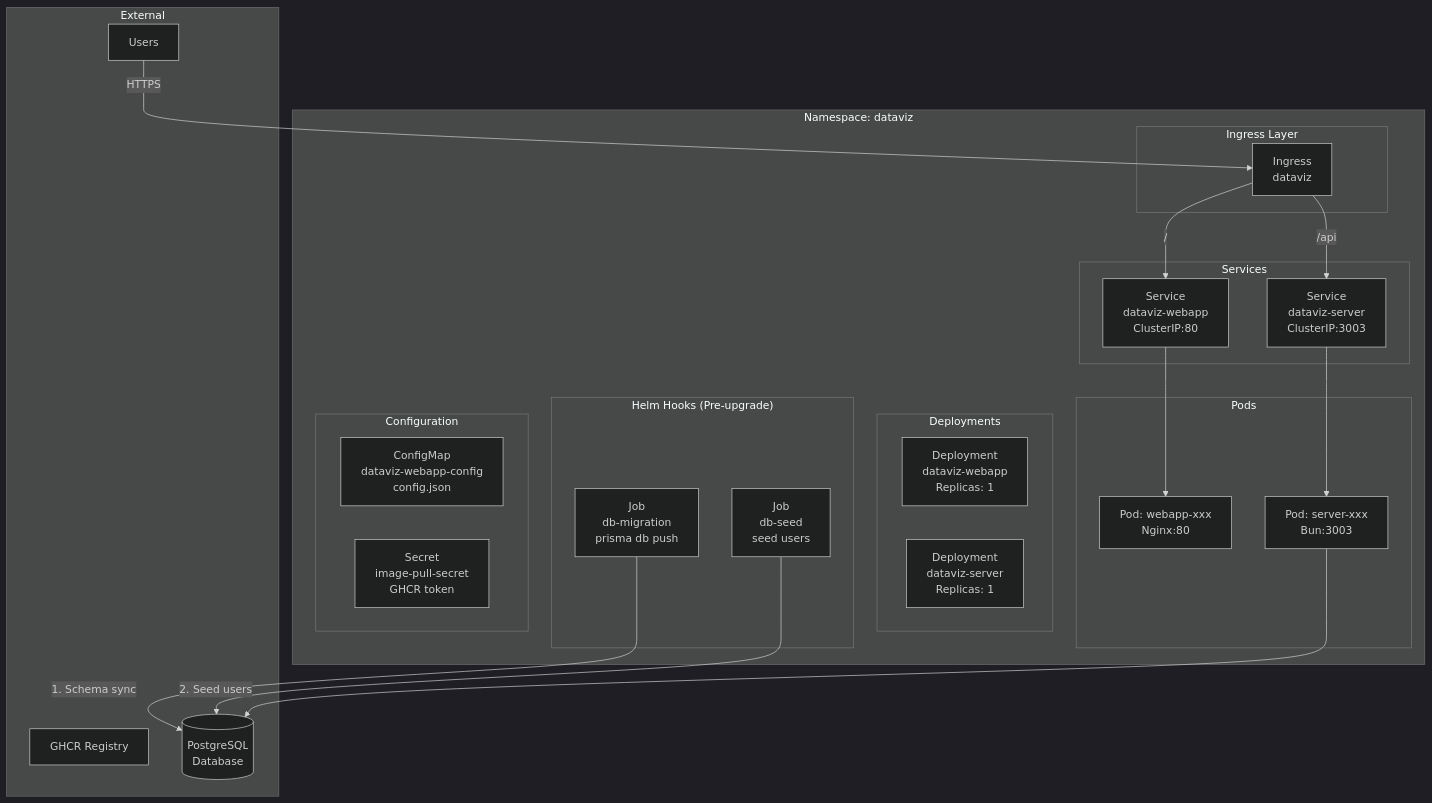
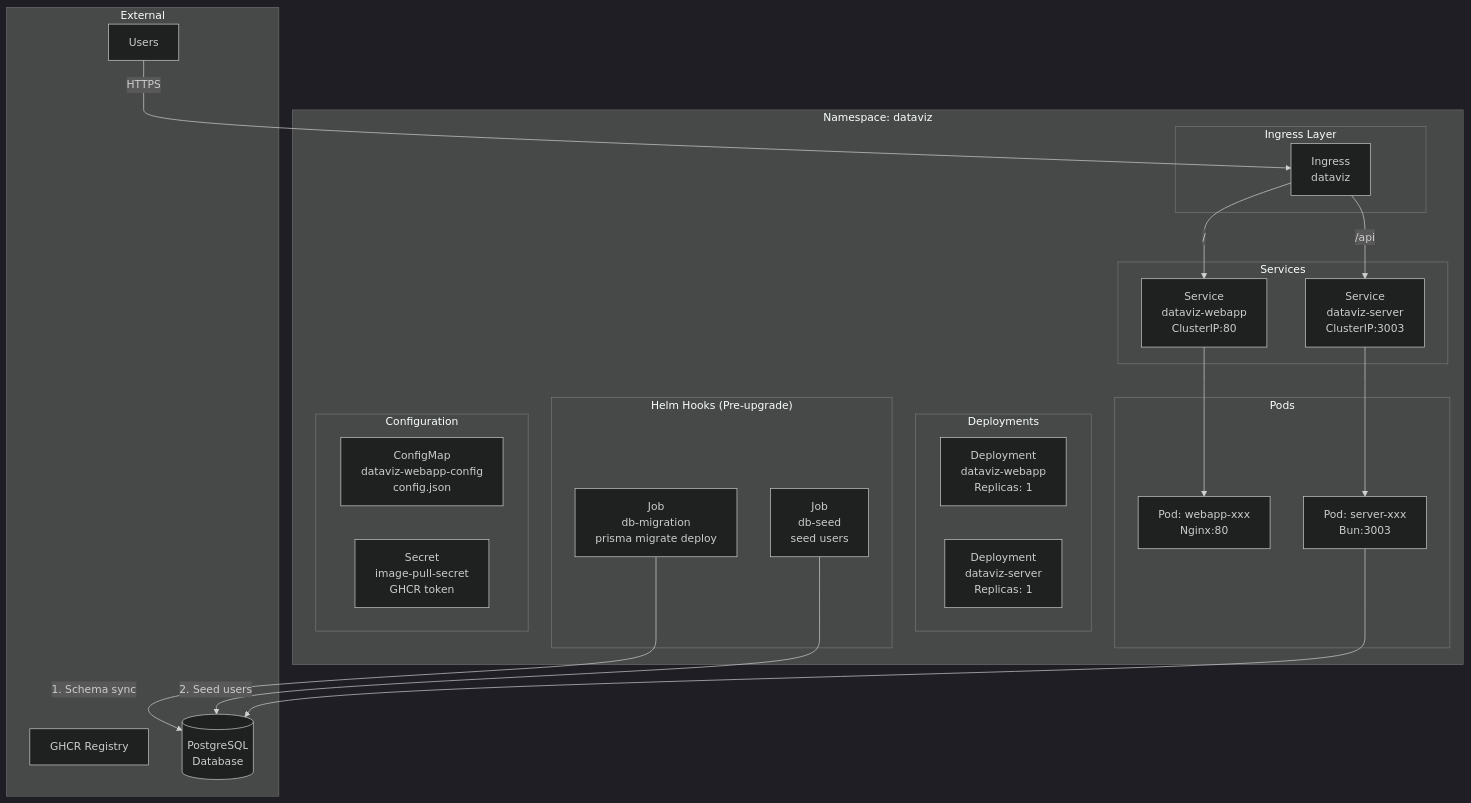
Before and after one commit to italia/graph-italia: the diagram in charts/dataviz/README.md, drawn with Mermaid (dark theme). The commit also changed other lines of this file and 10 other files, not shown here.

First line of the commit message:
fix(helm): harden and automate legacy Prisma migration flow

````diff
--- a/charts/dataviz/README.md
+++ b/charts/dataviz/README.md
@@ -28,50 +28,50 @@
 ```mermaid
 graph TB
     subgraph "Namespace: dataviz"
         subgraph "Helm Hooks (Pre-upgrade)"
-            MigrationJob[Job<br/>db-migration<br/>prisma db push]
+            MigrationJob[Job<br/>db-migration<br/>prisma migrate deploy]
             SeedJob[Job<br/>db-seed<br/>seed users]
         end
         
         subgraph "Ingress Layer"
             Ingress[Ingress<br/>dataviz]
         end
         
         subgraph "Services"
             WebappSvc[Service<br/>dataviz-webapp<br/>ClusterIP:80]
             ServerSvc[Service<br/>dataviz-server<br/>ClusterIP:3003]
         end
         
         subgraph "Deployments"
             WebappDeploy[Deployment<br/>dataviz-webapp<br/>Replicas: 1]
             ServerDeploy[Deployment<br/>dataviz-server<br/>Replicas: 1]
         end
         
         subgraph "Pods"
             WebappPod1[Pod: webapp-xxx<br/>Nginx:80]
             ServerPod1[Pod: server-xxx<br/>Bun:3003]
         end
         
         subgraph "Configuration"
             ConfigMap[ConfigMap<br/>dataviz-webapp-config<br/>config.json]
             ImageSecret[Secret<br/>image-pull-secret<br/>GHCR token]
         end
     end
     
     subgraph "External"
         Users[Users]
         Registry[GHCR Registry]
         DB[(PostgreSQL<br/>Database)]
     end
     
     MigrationJob -->|1. Schema sync| DB
     SeedJob -->|2. Seed users| DB
     
     Users -->|HTTPS| Ingress
     Ingress -->|/| WebappSvc
     Ingress -->|/api| ServerSvc
     WebappSvc --> WebappPod1
     ServerSvc --> ServerPod1
     
     ServerPod1 --> DB
 ```
````
